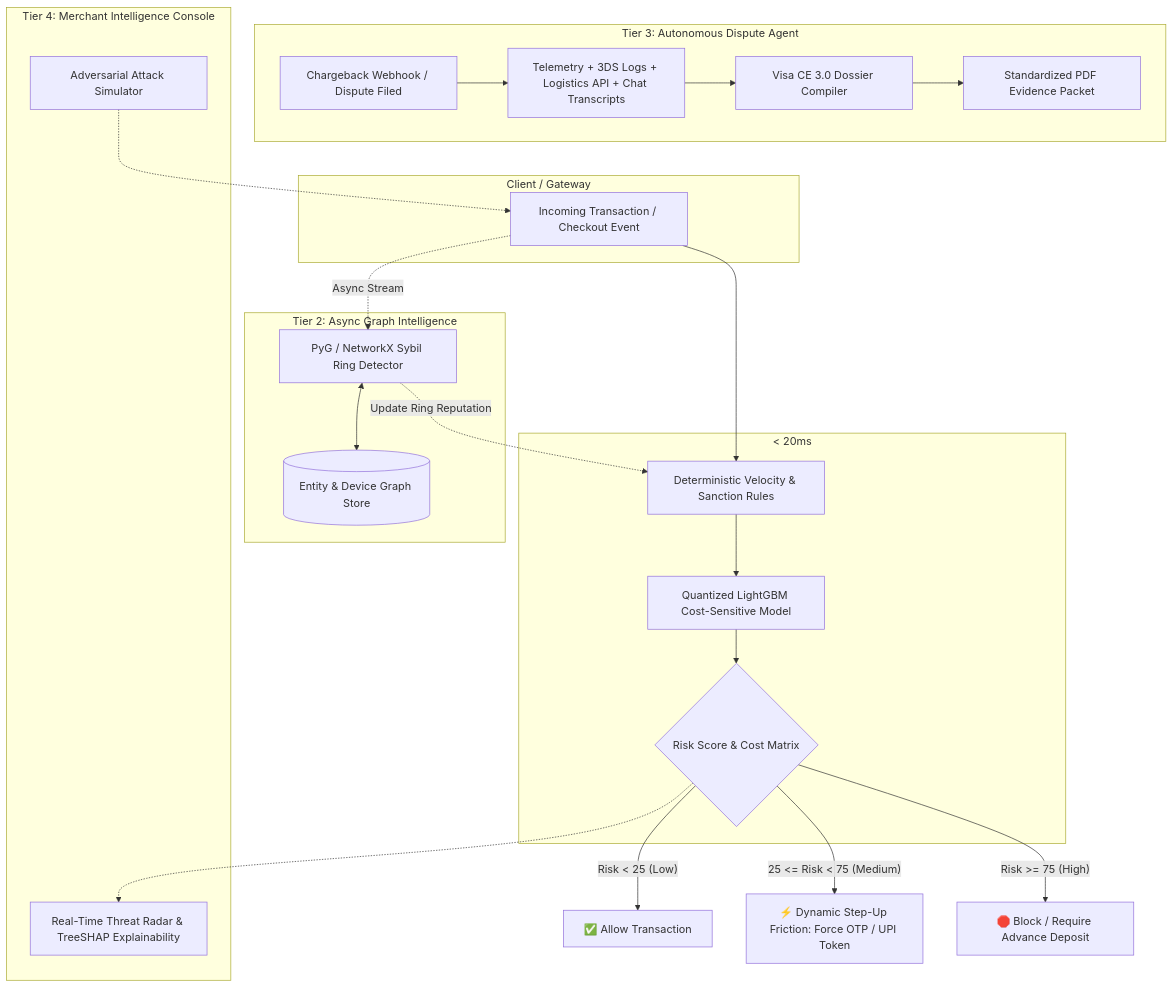
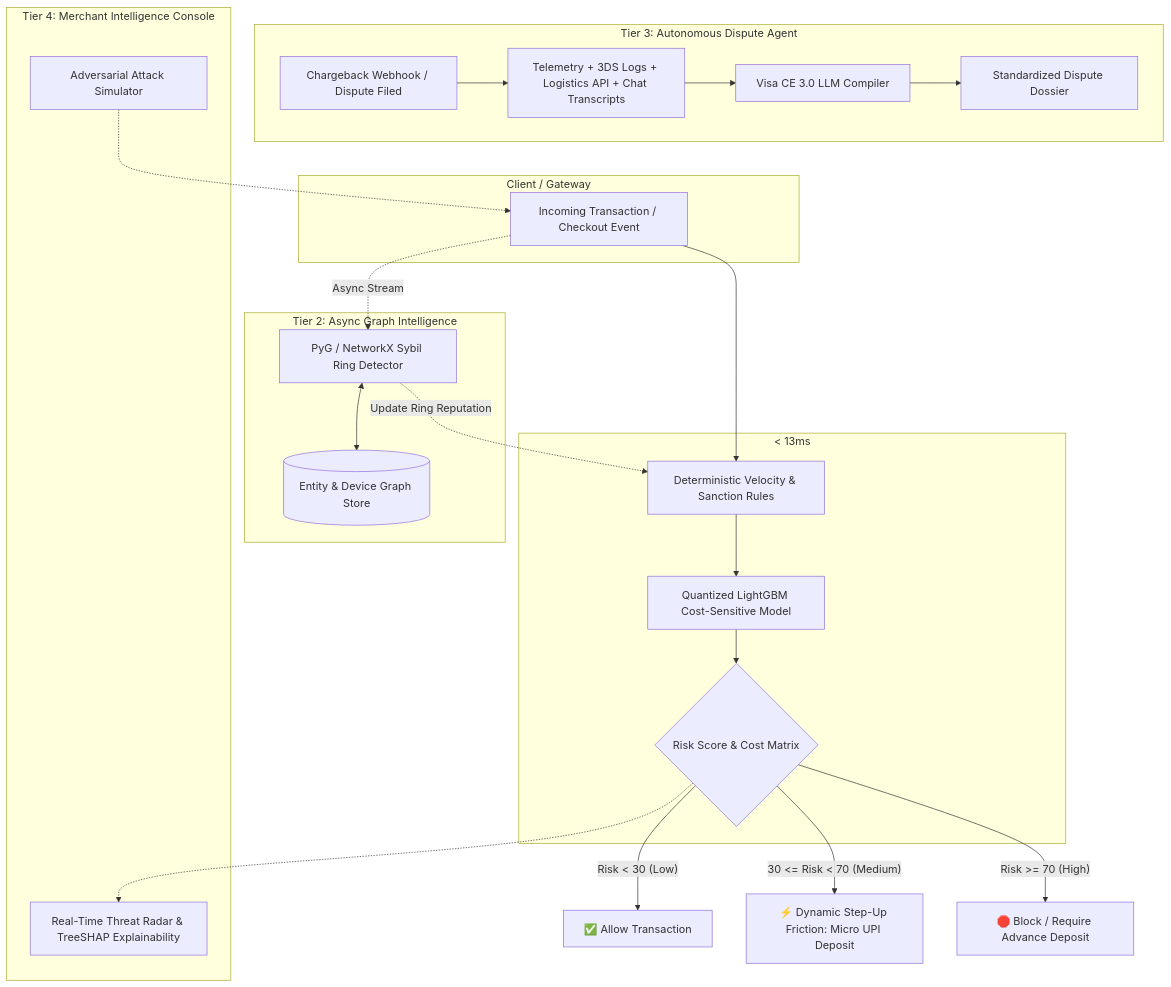
Before and after one commit to Suryanshsaraf/razorpaytrack02: the diagram in README.md, drawn with Mermaid. The commit also changed other lines of this file and 8 other files, not shown here.

Commit message:
feat(infra): add Docker Compose, LLM dispute synthesis, and documented failure recovery modes

````diff
--- a/README.md
+++ b/README.md
@@ -36,48 +36,48 @@
 ```mermaid
 flowchart TD
     subgraph Client / Gateway
         TX[Incoming Transaction / Checkout Event]
     end
 
-    subgraph Tier 1: Real-Time Edge Interceptor [< 20ms]
+    subgraph Tier 1: Real-Time Edge Interceptor [< 13ms]
         RuleEngine[Deterministic Velocity & Sanction Rules]
         ONNXEngine[Quantized LightGBM Cost-Sensitive Model]
         DecisionGate{Risk Score & Cost Matrix}
     end
 
     subgraph Tier 2: Async Graph Intelligence
         GraphEngine[PyG / NetworkX Sybil Ring Detector]
         ClusterStore[(Entity & Device Graph Store)]
     end
 
     subgraph Tier 3: Autonomous Dispute Agent
         Webhook[Chargeback Webhook / Dispute Filed]
         EvidenceAggregator[Telemetry + 3DS Logs + Logistics API + Chat Transcripts]
-        LLMRepresentment[Visa CE 3.0 Dossier Compiler]
-        PDFOutput[Standardized PDF Evidence Packet]
+        LLMRepresentment[Visa CE 3.0 LLM Compiler]
+        PDFOutput[Standardized Dispute Dossier]
     end
 
     subgraph Tier 4: Merchant Intelligence Console
         Dashboard[Real-Time Threat Radar & TreeSHAP Explainability]
         AttackSim[Adversarial Attack Simulator]
     end
 
     TX --> RuleEngine
     RuleEngine --> ONNXEngine
     ONNXEngine --> DecisionGate
 
-    DecisionGate -- "Risk < 25 (Low)" --> ALLOW[✅ Allow Transaction]
-    DecisionGate -- "25 <= Risk < 75 (Medium)" --> STEPUP[⚡ Dynamic Step-Up Friction: Force OTP / UPI Token]
-    DecisionGate -- "Risk >= 75 (High)" --> BLOCK[🛑 Block / Require Advance Deposit]
+    DecisionGate -- "Risk < 30 (Low)" --> ALLOW[✅ Allow Transaction]
+    DecisionGate -- "30 <= Risk < 70 (Medium)" --> STEPUP[⚡ Dynamic Step-Up Friction: Micro UPI Deposit]
+    DecisionGate -- "Risk >= 70 (High)" --> BLOCK[🛑 Block / Require Advance Deposit]
 
     TX -.->|Async Stream| GraphEngine
     GraphEngine <--> ClusterStore
     GraphEngine -.->|Update Ring Reputation| RuleEngine
 
     Webhook --> EvidenceAggregator
     EvidenceAggregator --> LLMRepresentment
     LLMRepresentment --> PDFOutput
 
     DecisionGate -.-> Dashboard
     AttackSim -.-> TX
 ```
````
